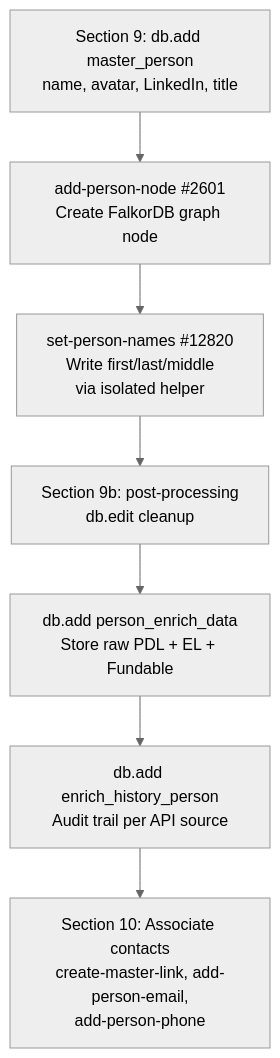
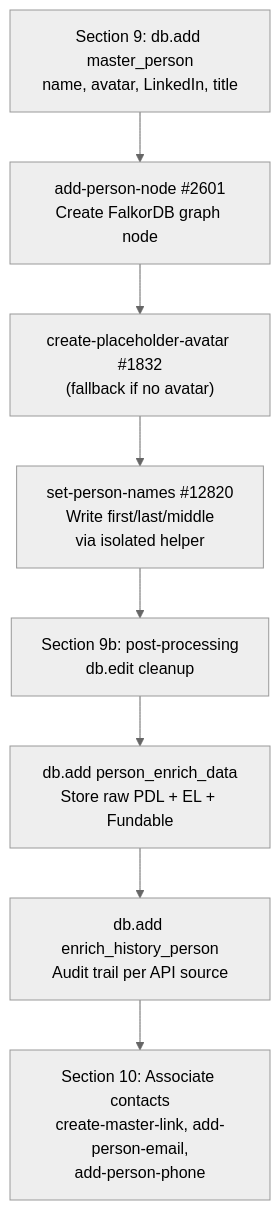
The fourth of 5 diagrams in guides/enrichment/waterfall/person-enrichment-phases.mdx (M-Pederson/docs), drawn with Mermaid (neutral theme) before and after one commit. The commit also changed other lines of this file, not shown here.

Commit message:
docs: document placeholder avatar fallback in person enrichment

````diff
--- a/guides/enrichment/waterfall/person-enrichment-phases.mdx
+++ b/guides/enrichment/waterfall/person-enrichment-phases.mdx
@@ -133,9 +133,10 @@
 ```mermaid
 graph TD
     A["Section 9: db.add master_person<br/>name, avatar, LinkedIn, title"] --> B["add-person-node #2601<br/>Create FalkorDB graph node"]
-    B --> C["set-person-names #12820<br/>Write first/last/middle<br/>via isolated helper"]
+    B --> B2["create-placeholder-avatar #1832<br/>(fallback if no avatar)"]
+    B2 --> C["set-person-names #12820<br/>Write first/last/middle<br/>via isolated helper"]
     C --> D["Section 9b: post-processing<br/>db.edit cleanup"]
     D --> E["db.add person_enrich_data<br/>Store raw PDL + EL + Fundable"]
     E --> F["db.add enrich_history_person<br/>Audit trail per API source"]
     F --> G["Section 10: Associate contacts<br/>create-master-link, add-person-email,<br/>add-person-phone"]
 ```
````
